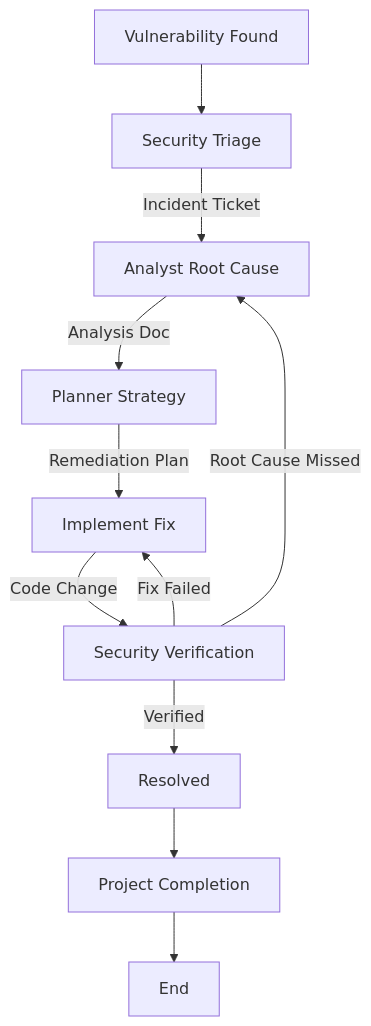
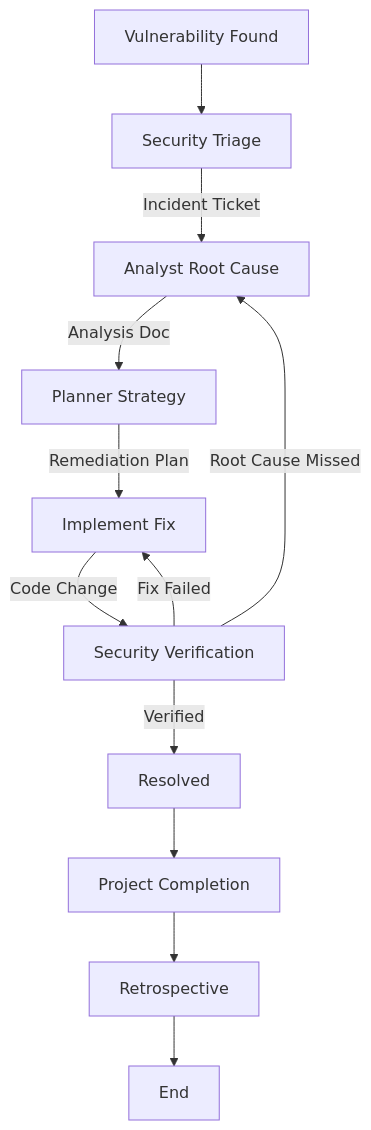
The diagram in custom-agents/workflows/security/SecurityRemediation.workflow.md (seanspiesman/Agents-and-Workflows), drawn with Mermaid before and after one commit. The commit also changed other lines of this file and 38 other files, not shown here.

````diff
--- a/custom-agents/workflows/security/SecurityRemediation.workflow.md
+++ b/custom-agents/workflows/security/SecurityRemediation.workflow.md
@@ -95,13 +104,14 @@
 ```mermaid
 flowchart TD
     A[Vulnerability Found] --> B[Security Triage]
     B -->|Incident Ticket| C[Analyst Root Cause]
     C -->|Analysis Doc| D[Planner Strategy]
     D -->|Remediation Plan| E[Implement Fix]
     E -->|Code Change| F[Security Verification]
     F -->|Fix Failed| E
     F -->|Root Cause Missed| C
     F -->|Verified| G[Resolved]
     G --> H[Project Completion]
-    H --> I[End]
+    H --> J[Retrospective]
+    J --> I[End]
 ```
````
